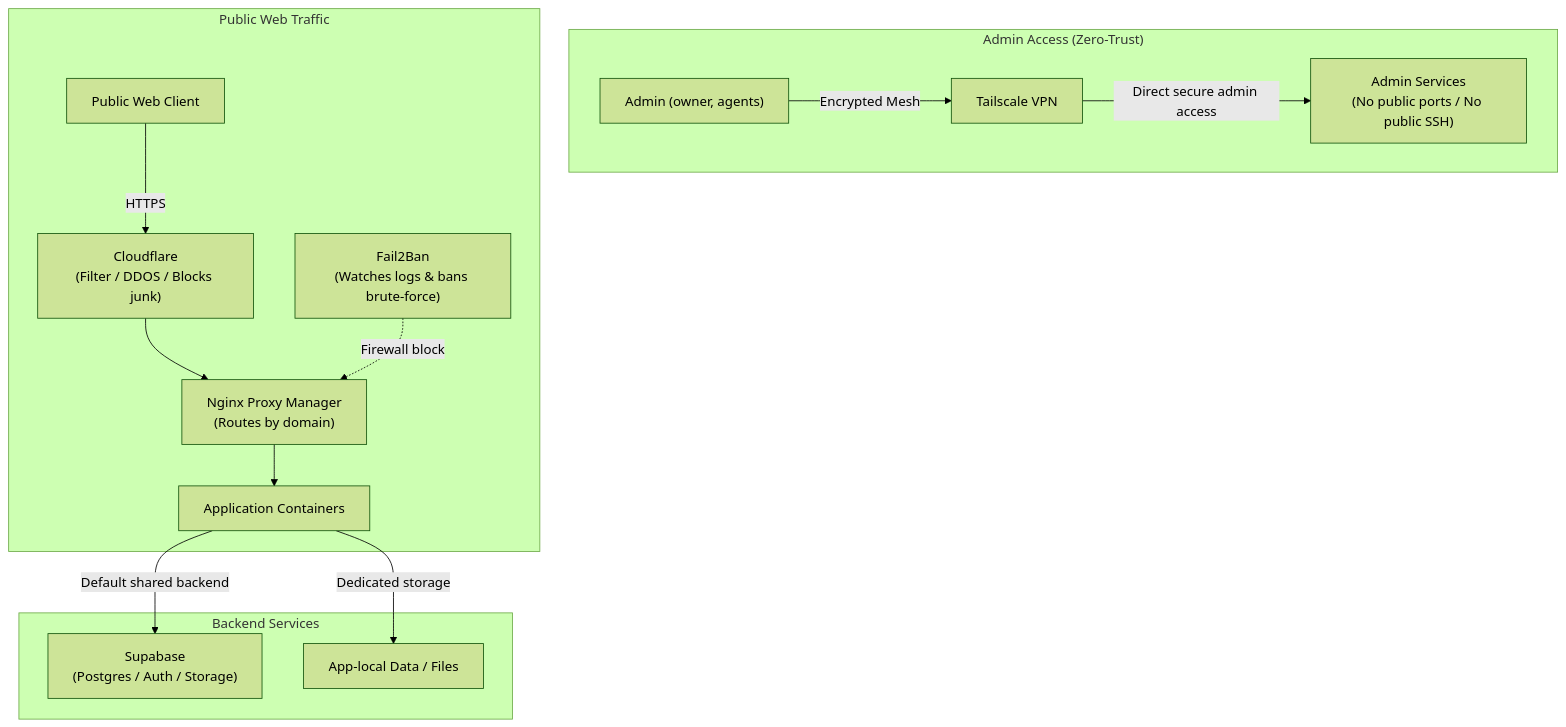
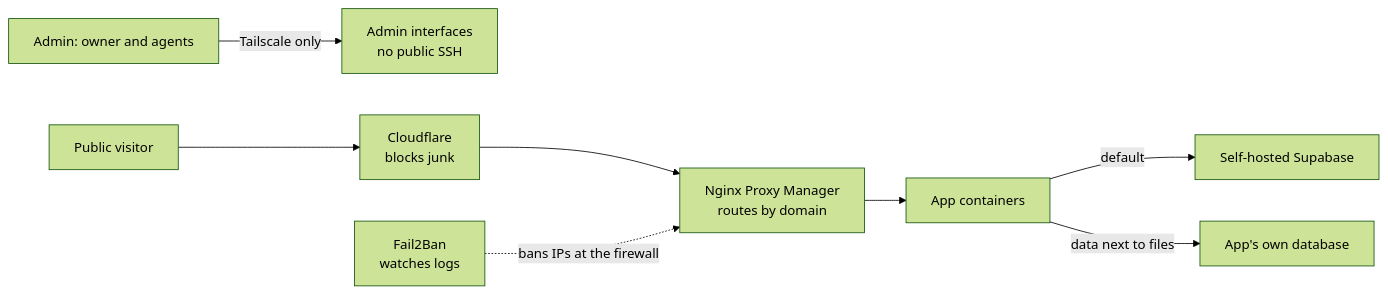
The diagram in inventory/network.md (amangupta20/homelab), drawn with Mermaid (forest theme) before and after one commit. The commit also changed other lines of this file, not shown here.

Commit message:
Redraw the traffic diagram with only what network.md states
The first draft added DDoS filtering and a zero-trust label the page never
claimed, and drew Fail2Ban against the wrong box.

````diff
--- a/inventory/network.md
+++ b/inventory/network.md
@@ -35,19 +29,10 @@
 ```mermaid
-flowchart TD
-    subgraph AdminAccess["Admin Access (Zero-Trust)"]
-        Admin["Admin (owner, agents)"] -->|Encrypted Mesh| Tailscale["Tailscale VPN"]
-        Tailscale -->|Direct secure admin access| Services["Admin Services\n(No public ports / No public SSH)"]
-    end
-
-    subgraph PublicAccess["Public Web Traffic"]
-        Client["Public Web Client"] -->|HTTPS| Cloudflare["Cloudflare\n(Filter / DDOS / Blocks junk)"]
-        Cloudflare --> NPM["Nginx Proxy Manager\n(Routes by domain)"]
-        NPM --> Containers["Application Containers"]
-        Fail2Ban["Fail2Ban\n(Watches logs & bans brute-force)"] -.->|Firewall block| NPM
-    end
-
-    subgraph AppBackends["Backend Services"]
-        Containers -->|Default shared backend| Supabase["Supabase\n(Postgres / Auth / Storage)"]
-        Containers -->|Dedicated storage| LocalDB["App-local Data / Files"]
-    end
+flowchart LR
+    Admin["Admin: owner and agents"] -->|Tailscale only| AdminUI["Admin interfaces<br/>no public SSH"]
+    Visitor["Public visitor"] --> CF["Cloudflare<br/>blocks junk"]
+    CF --> NPM["Nginx Proxy Manager<br/>routes by domain"]
+    NPM --> Apps["App containers"]
+    Apps -->|default| Supabase["Self-hosted Supabase"]
+    Apps -->|data next to files| Local["App's own database"]
+    F2B["Fail2Ban<br/>watches logs"] -.->|bans IPs at the firewall| NPM
 ```
````
